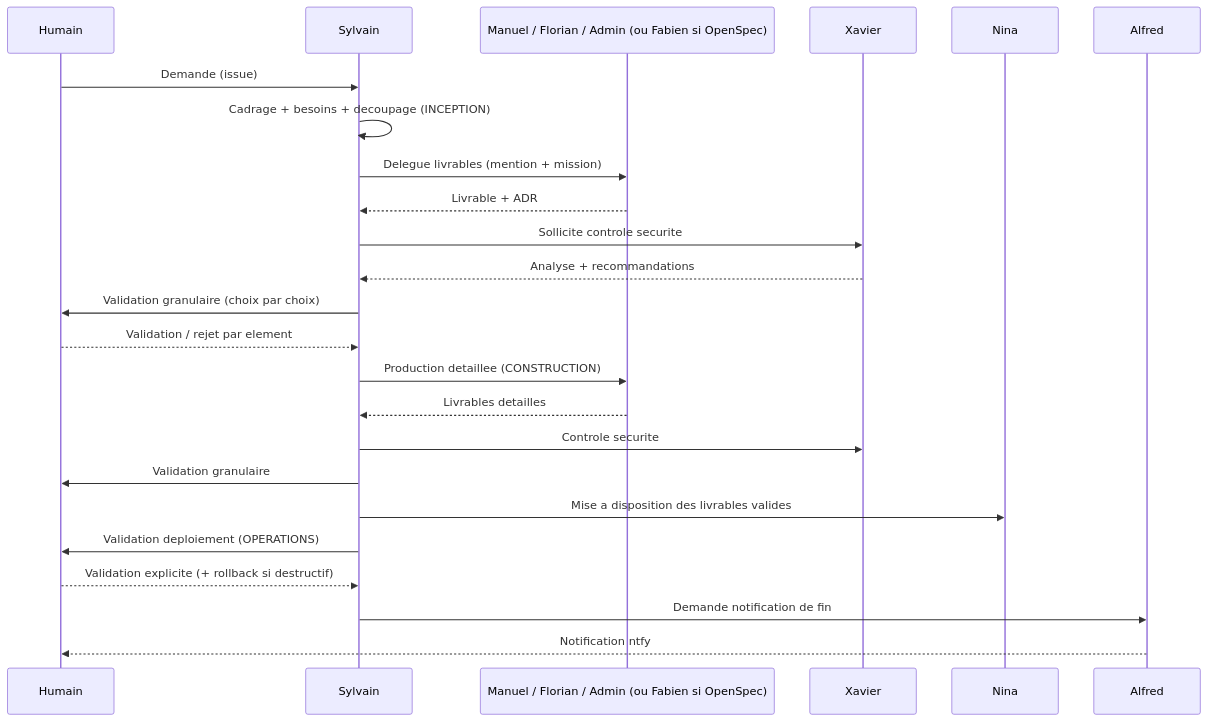
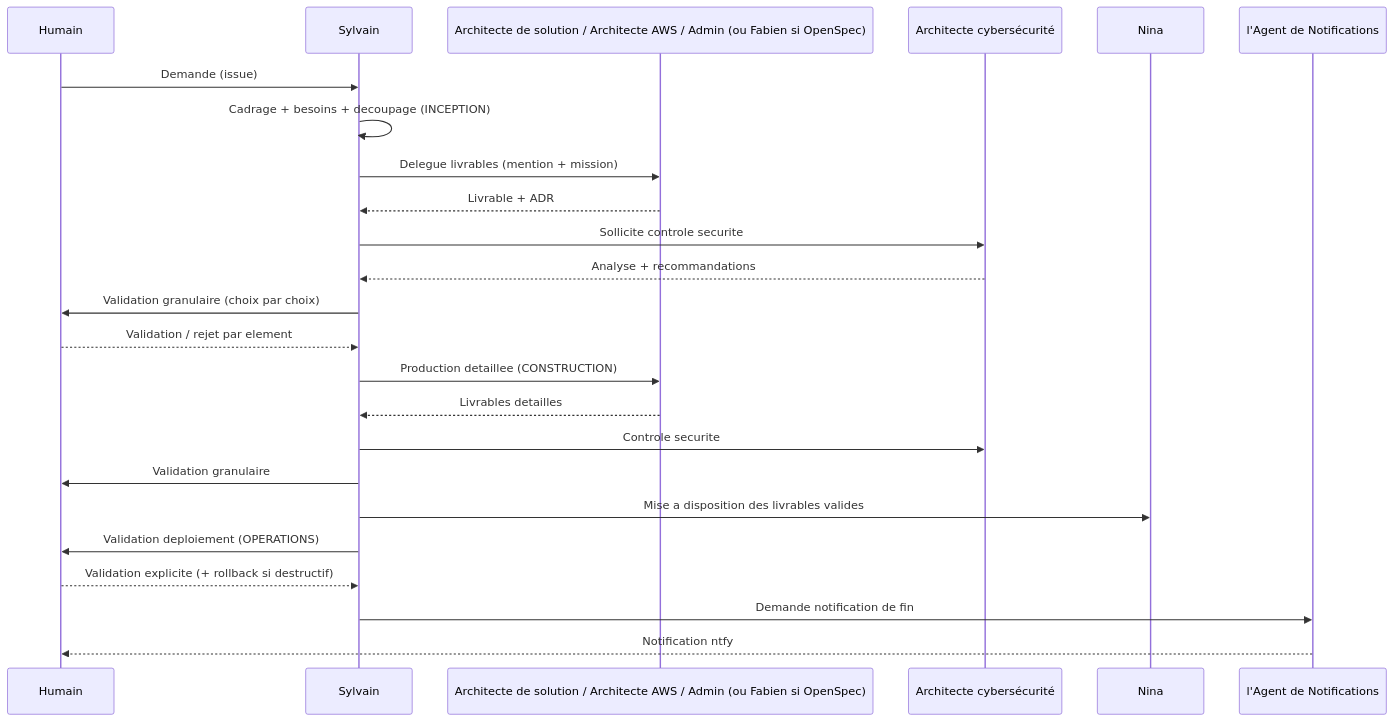
The second of 2 diagrams in architecture-rules/core-workflow.md (Gsyltc/homelab-portfolio), drawn with Mermaid before and after one commit. The commit also changed other lines of this file and 22 other files, not shown here.

````diff
--- a/architecture-rules/core-workflow.md
+++ b/architecture-rules/core-workflow.md
@@ -277,27 +277,27 @@
 ```mermaid
 sequenceDiagram
     participant H as Humain
     participant S as Sylvain
-    participant A as Manuel / Florian / Admin (ou Fabien si OpenSpec)
-    participant X as Xavier
+    participant A as Architecte de solution / Architecte AWS / Admin (ou Fabien si OpenSpec)
+    participant X as Architecte cybersécurité
     participant N as Nina
-    participant AL as Alfred
+    participant AL as l'Agent de Notifications
 
     H->>S: Demande (issue)
     S->>S: Cadrage + besoins + decoupage (INCEPTION)
     S->>A: Delegue livrables (mention + mission)
     A-->>S: Livrable + ADR
     S->>X: Sollicite controle securite
     X-->>S: Analyse + recommandations
     S->>H: Validation granulaire (choix par choix)
     H-->>S: Validation / rejet par element
     S->>A: Production detaillee (CONSTRUCTION)
     A-->>S: Livrables detailles
     S->>X: Controle securite
     S->>H: Validation granulaire
     S->>N: Mise a disposition des livrables valides
     S->>H: Validation deploiement (OPERATIONS)
     H-->>S: Validation explicite (+ rollback si destructif)
     S->>AL: Demande notification de fin
     AL-->>H: Notification ntfy
 ```
````
